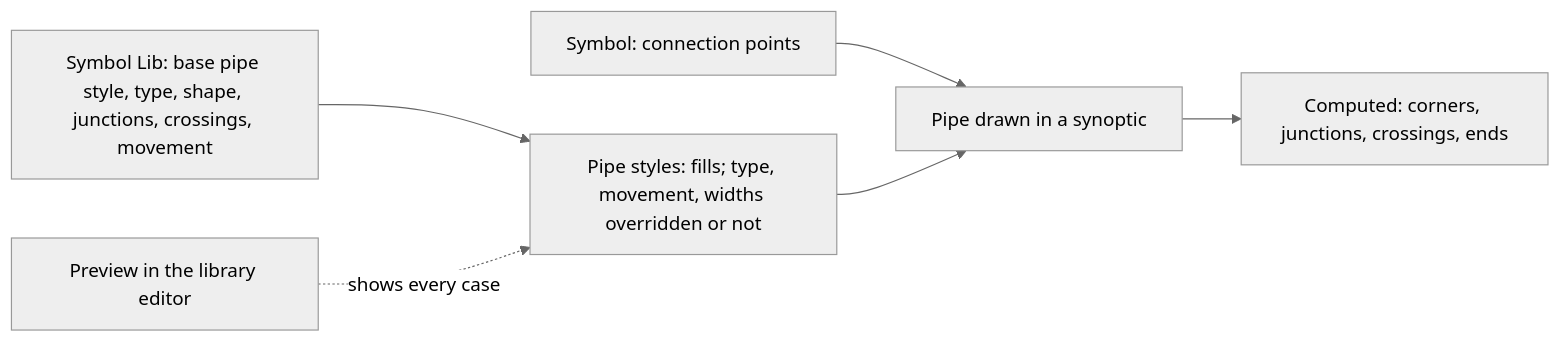
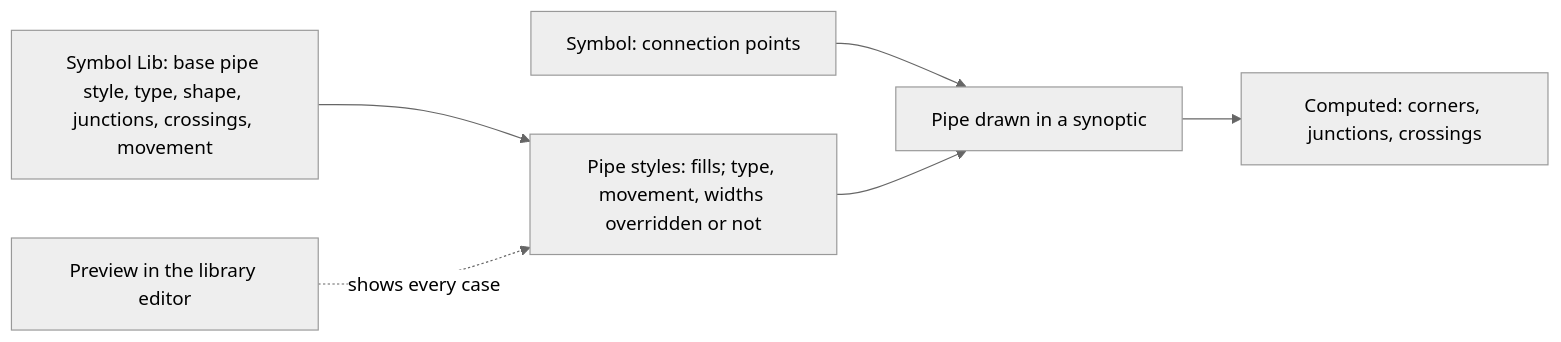
One commit to AlexandreGallais/synoptic-studio-spec changed the first of 2 diagrams in symbols/pipes/README.md. Above: the diagram before and after it, drawn with Mermaid (neutral theme). The commit also changed other lines of this file and 16 other files, not shown here.

````diff
--- a/symbols/pipes/README.md
+++ b/symbols/pipes/README.md
@@ -33,8 +33,8 @@
 ```mermaid
 flowchart LR
     SY["Symbol: connection points"] --> P["Pipe drawn in a synoptic"]
     B["Symbol Lib: base pipe style, type, shape, junctions, crossings, movement"] --> L["Pipe styles: fills; type, movement, widths overridden or not"]
     L --> P
-    P --> C["Computed: corners, junctions, crossings, ends"]
+    P --> C["Computed: corners, junctions, crossings"]
     T["Preview in the library editor"] -.->|"shows every case"| L
 ```
````
